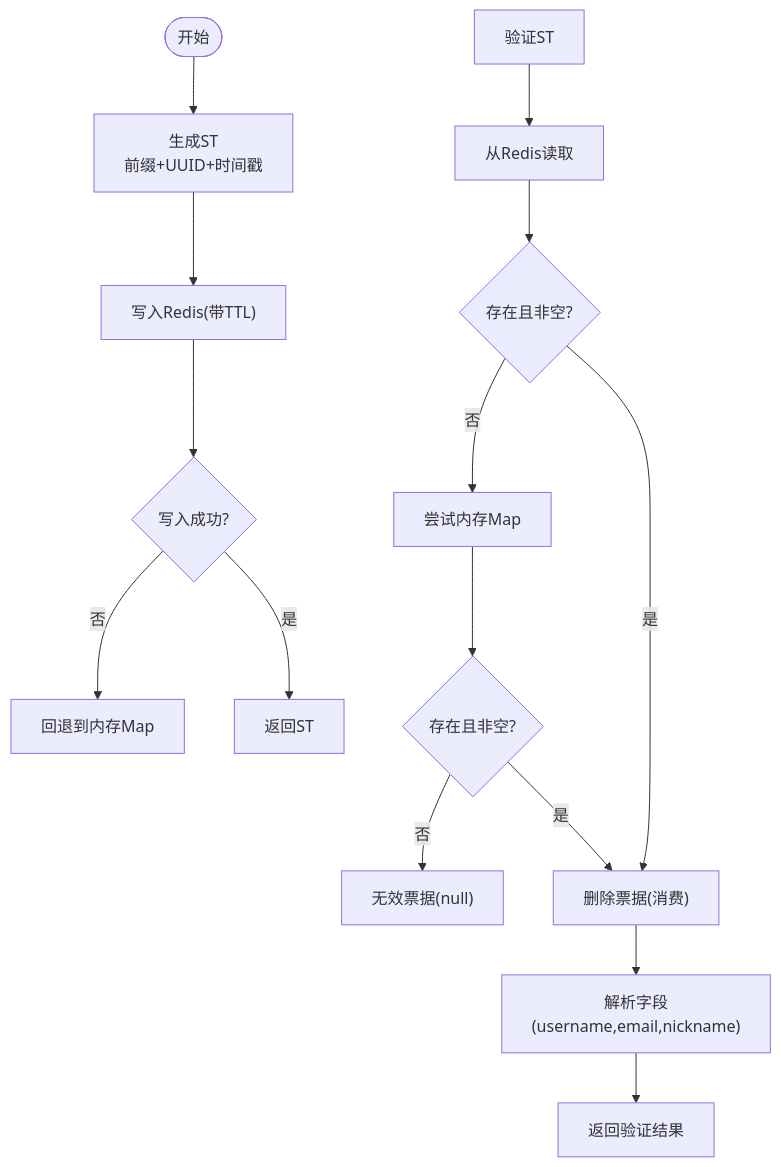
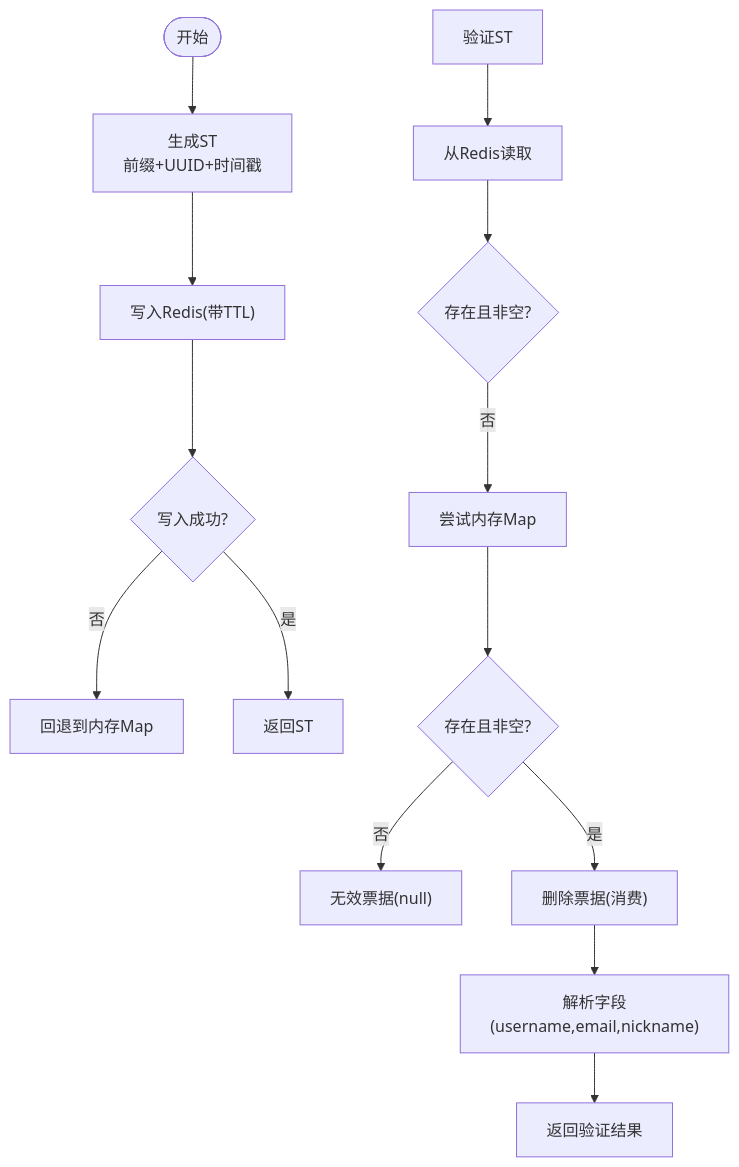
The fourth of 7 diagrams in .qoder/repowiki/zh/content/核心模块/认证服务器 (iam-auth-server)/协议适配器/CAS协议适配器.md (fq0121104930716/iam-platform), drawn with Mermaid before and after one commit. The commit also changed other lines of this file and 88 other files, not shown here.

````diff
--- a/.qoder/repowiki/zh/content/核心模块/认证服务器 (iam-auth-server)/协议适配器/CAS协议适配器.md
+++ b/.qoder/repowiki/zh/content/核心模块/认证服务器 (iam-auth-server)/协议适配器/CAS协议适配器.md
@@ -203,17 +199,16 @@
 ```mermaid
 flowchart TD
 Start(["开始"]) --> Gen["生成ST<br/>前缀+UUID+时间戳"]
 Gen --> Store["写入Redis(带TTL)"]
 Store --> Ok{"写入成功?"}
 Ok -- 否 --> Fallback["回退到内存Map"]
 Ok -- 是 --> DoneGen["返回ST"]
 Validate["验证ST"] --> Read["从Redis读取"]
 Read --> Found{"存在且非空?"}
 Found -- 否 --> FallbackRead["尝试内存Map"]
 FallbackRead --> Found2{"存在且非空?"}
 Found2 -- 否 --> Invalid["无效票据(null)"]
 Found2 -- 是 --> Consume["删除票据(消费)"]
-Found -- 是 --> Consume
 Consume --> Parse["解析字段(username,email,nickname)"]
 Parse --> Valid["返回验证结果"]
 ```
````
